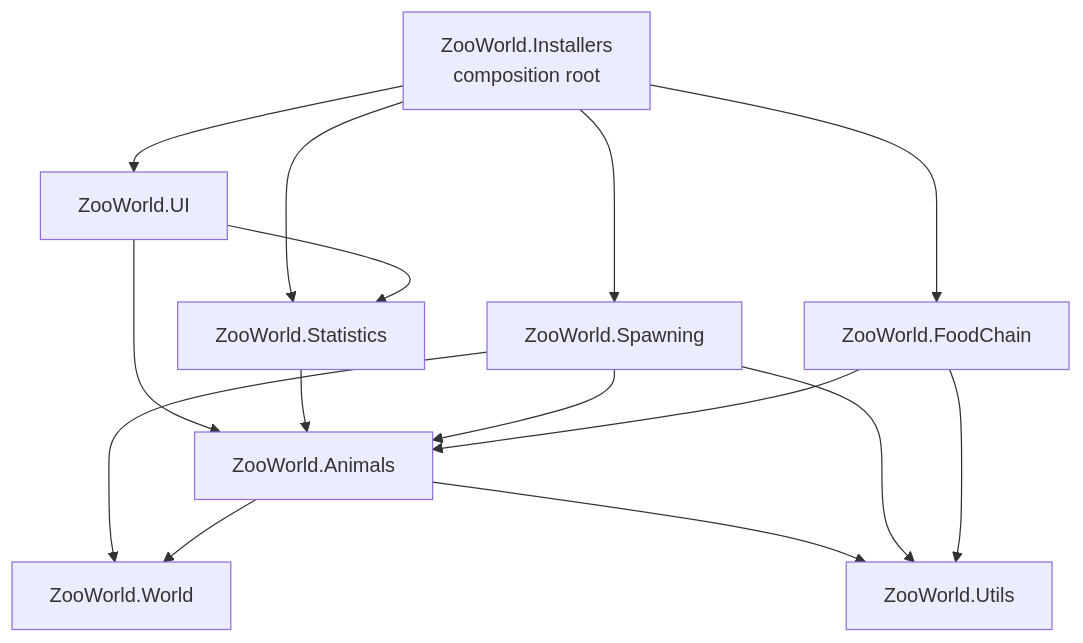
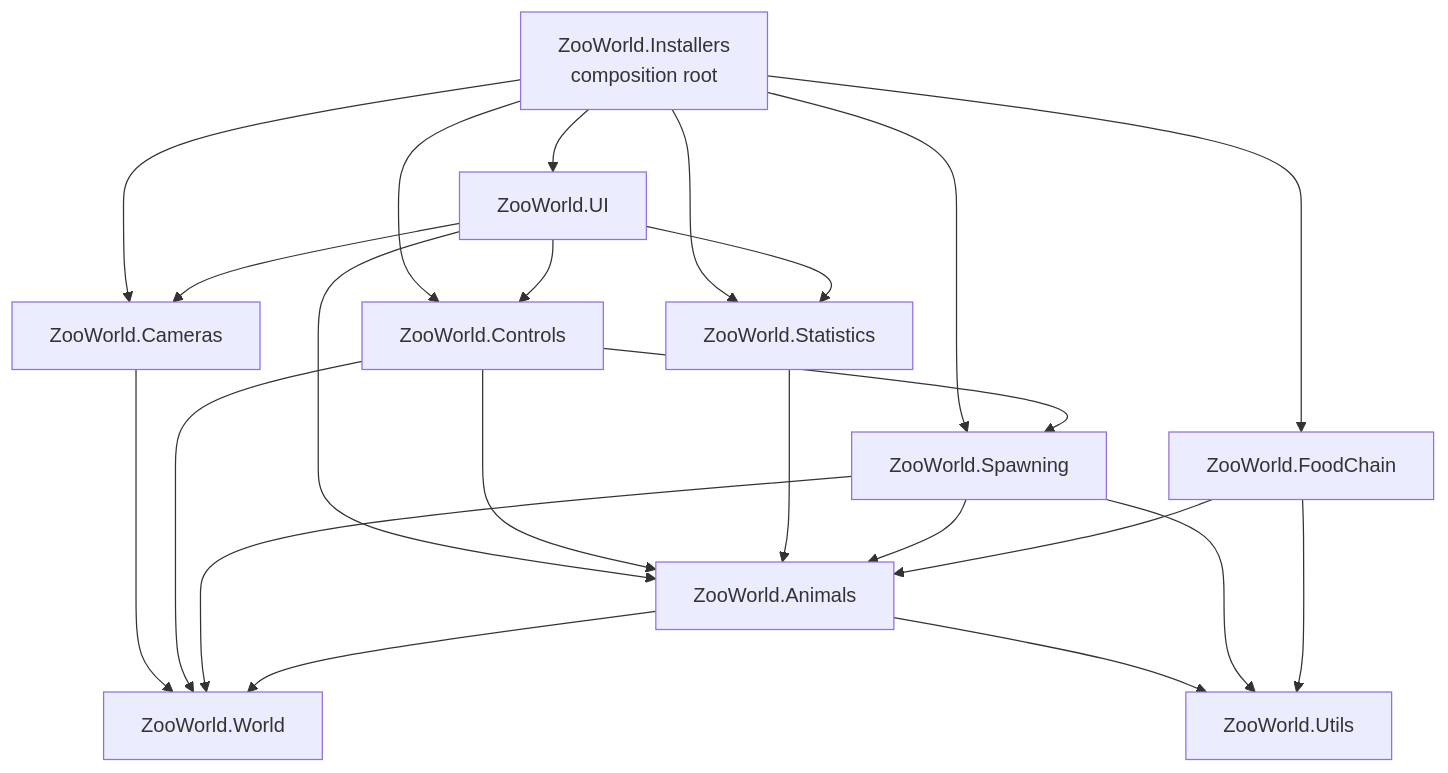
The first of 3 diagrams in README.md (Tigran-Vardanyan/Zoo-world), drawn with Mermaid before and after one commit. The commit also changed other lines of this file and 144 other files, not shown here.

````diff
--- a/README.md
+++ b/README.md
@@ -90,26 +91,36 @@
 ```mermaid
 graph TD
     Installers[ZooWorld.Installers<br/>composition root]
     UI[ZooWorld.UI]
+    Controls[ZooWorld.Controls]
+    Cameras[ZooWorld.Cameras]
     Statistics[ZooWorld.Statistics]
     Spawning[ZooWorld.Spawning]
     FoodChain[ZooWorld.FoodChain]
     Animals[ZooWorld.Animals]
     World[ZooWorld.World]
     Utils[ZooWorld.Utils]
 
     Installers --> UI
     Installers --> Spawning
     Installers --> FoodChain
     Installers --> Statistics
+    Installers --> Controls
+    Installers --> Cameras
+    UI --> Cameras
+    Cameras --> World
+    Controls --> World
+    UI --> Controls
     UI --> Statistics
     UI --> Animals
+    Controls --> Spawning
+    Controls --> Animals
     Statistics --> Animals
     Spawning --> Animals
     Spawning --> World
     FoodChain --> Animals
     Animals --> World
     Animals --> Utils
     Spawning --> Utils
     FoodChain --> Utils
 ```
````
